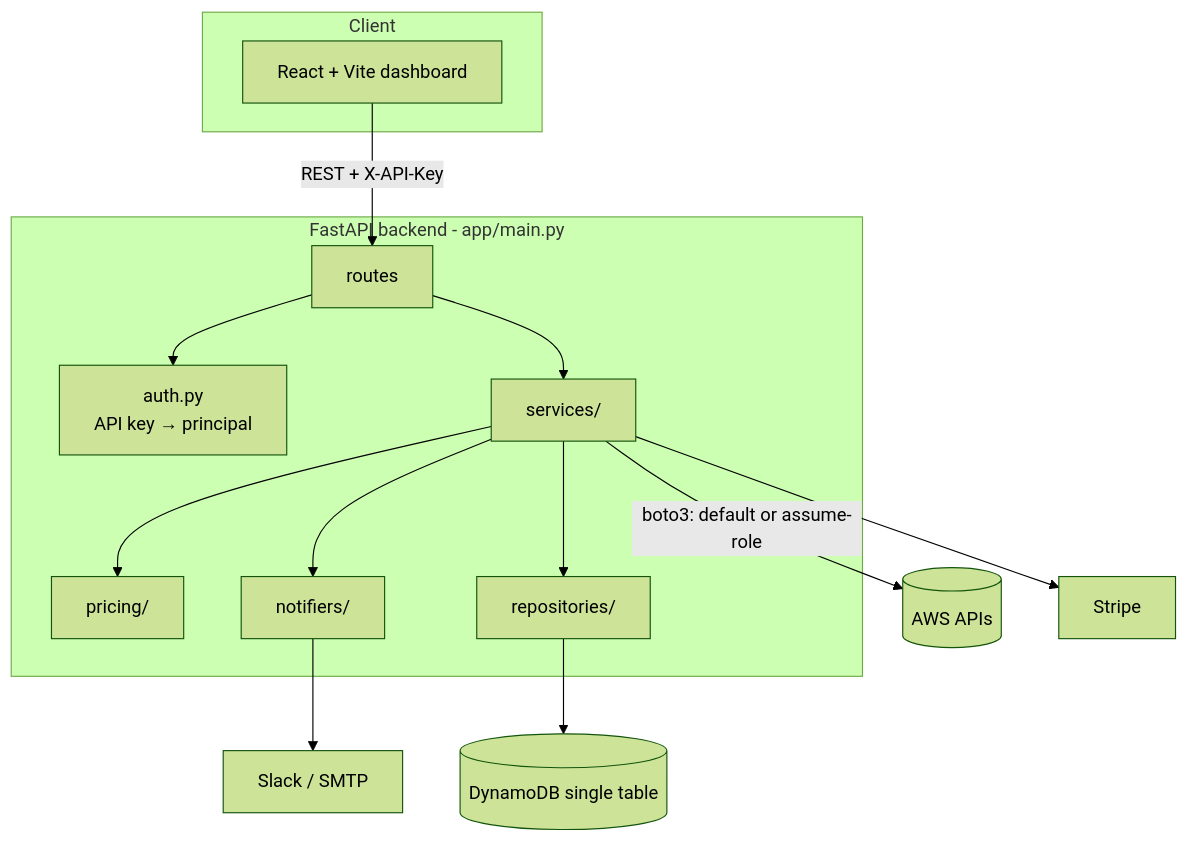
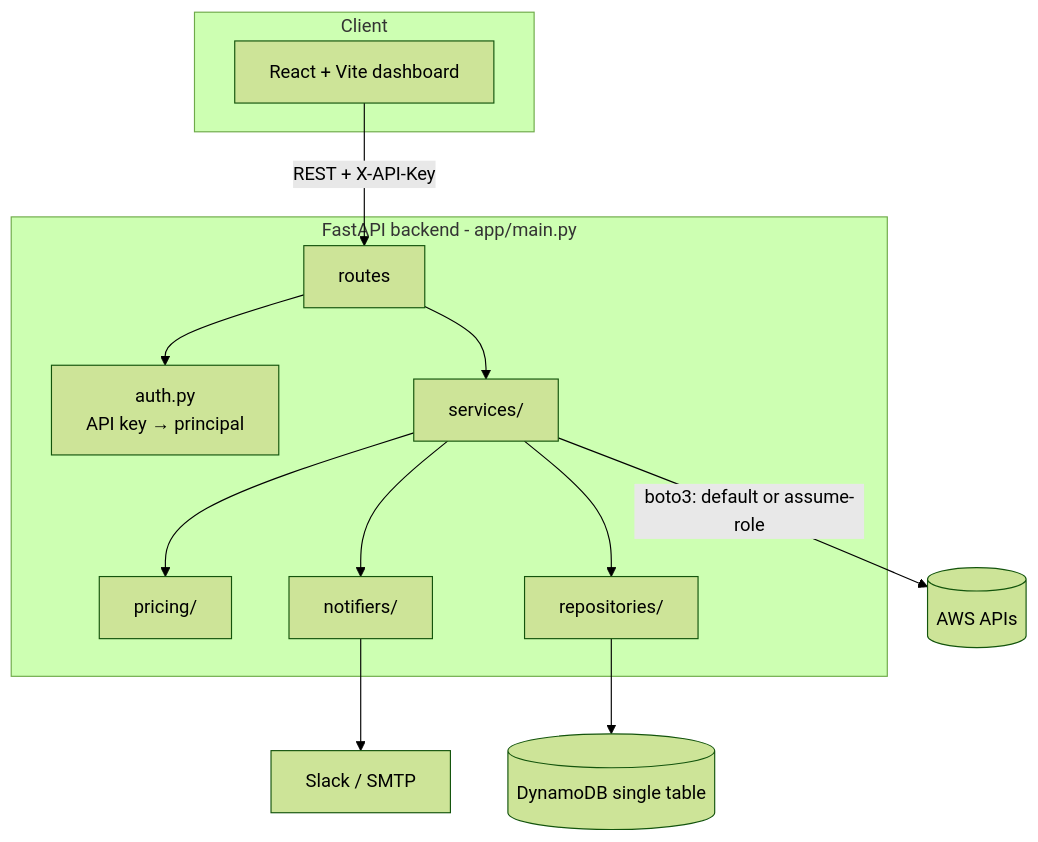
Before and after one commit to jaredf96/shut-it-down-aws: the first of 3 diagrams in docs/ARCHITECTURE.md, drawn with Mermaid (forest theme). The commit also changed other lines of this file and 5 other files, not shown here.

````diff
--- a/docs/ARCHITECTURE.md
+++ b/docs/ARCHITECTURE.md
@@ -41,26 +41,25 @@
 ```mermaid
 flowchart TB
     subgraph Client
         FE[React + Vite dashboard]
     end
 
     subgraph API[FastAPI backend - app/main.py]
         AUTH[auth.py<br/>API key → principal]
         ROUTES[routes]
         SVC[services/]
         PRICE[pricing/]
         NOTIF[notifiers/]
         REPO[repositories/]
     end
 
     FE -- REST + X-API-Key --> ROUTES
     ROUTES --> AUTH
     ROUTES --> SVC
     SVC --> PRICE
     SVC --> NOTIF
     SVC --> REPO
     SVC -->|boto3: default or assume-role| AWS[(AWS APIs)]
     REPO --> DDB[(DynamoDB single table)]
     NOTIF --> EXT[Slack / SMTP]
-    SVC --> STRIPE[Stripe]
 ```
````
